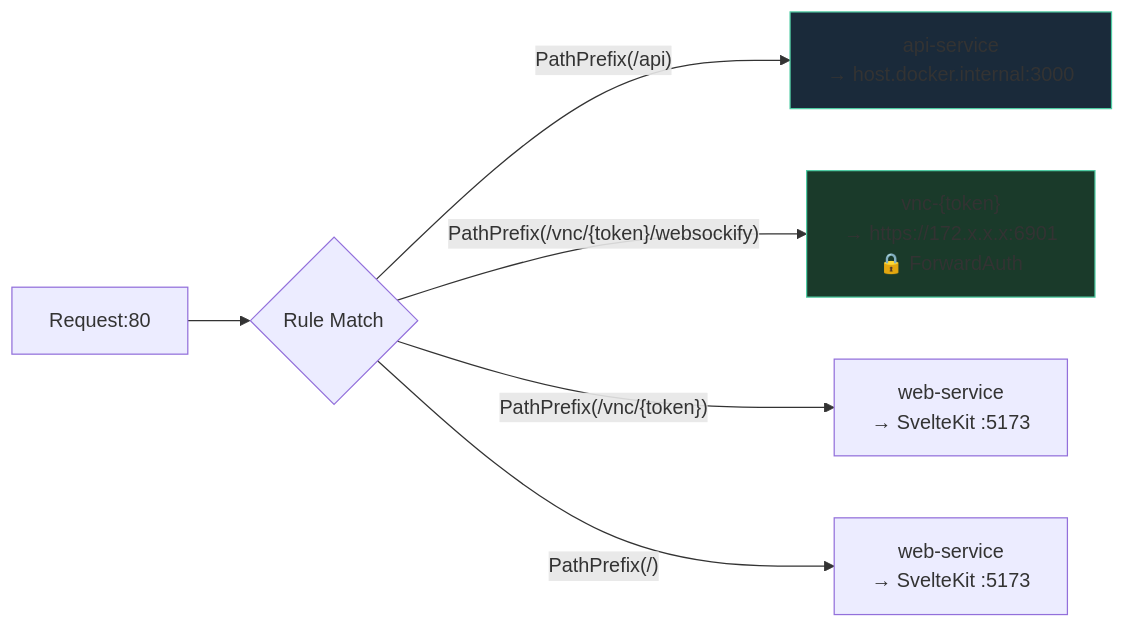
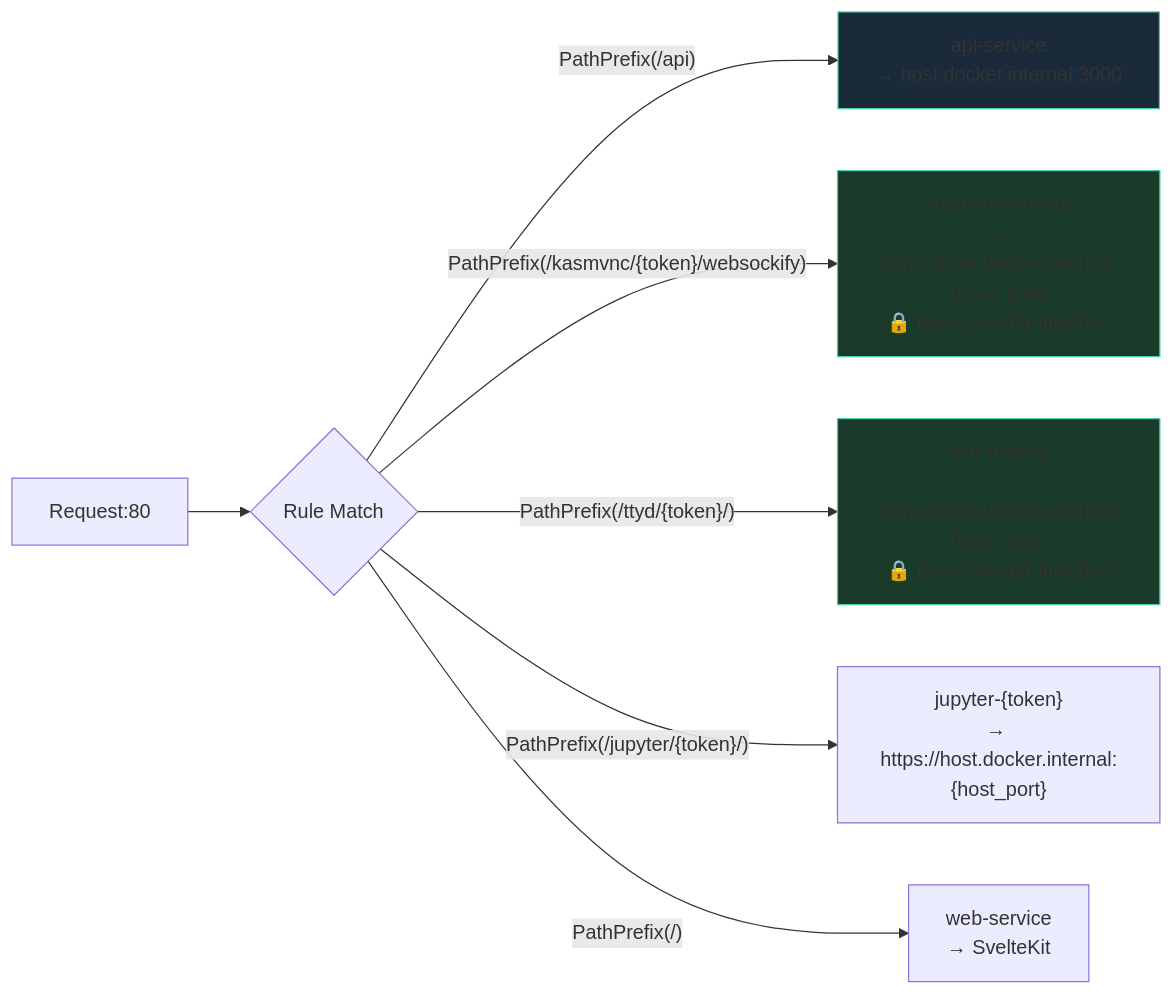
The second of 7 diagrams in docs/architecture.md (TsukiSama9292/OpenWorkspace-Engine), drawn with Mermaid before and after one commit. The commit also changed other lines of this file and 11 other files, not shown here.

````diff
--- a/docs/architecture.md
+++ b/docs/architecture.md
@@ -59,12 +76,14 @@
 ```mermaid
 flowchart LR
     REQ["Request:80"] --> CHECK{Rule Match}
 
     CHECK -->|"PathPrefix(/api)"| API["api-service<br/>→ host.docker.internal:3000"]
-    CHECK -->|"PathPrefix(/vnc/{token}/websockify)"| VNCWS["vnc-{token}<br/>→ https://172.x.x.x:6901<br/>🔒 ForwardAuth"]
-    CHECK -->|"PathPrefix(/vnc/{token})"| VNCPAGE["web-service<br/>→ SvelteKit :5173"]
-    CHECK -->|"PathPrefix(/)"| WEB["web-service<br/>→ SvelteKit :5173"]
+    CHECK -->|"PathPrefix(/kasmvnc/{token}/websockify)"| VNCWS["kasmvnc-{token}<br/>→ https://host.docker.internal:{host_port}<br/>🔒 Basic header injection"]
+    CHECK -->|"PathPrefix(/ttyd/{token}/)"| TTYDWS["ttyd-{token}<br/>→ https://host.docker.internal:{host_port}<br/>🔒 Basic header injection"]
+    CHECK -->|"PathPrefix(/jupyter/{token}/)"| JUPWS["jupyter-{token}<br/>→ https://host.docker.internal:{host_port}"]
+    CHECK -->|"PathPrefix(/)"| WEB["web-service<br/>→ SvelteKit"]
 
     style VNCWS fill:#1a3a2a,stroke:#4ecca3
+    style TTYDWS fill:#1a3a2a,stroke:#4ecca3
     style API fill:#1a2a3a,stroke:#4ecca3
 ```
````
